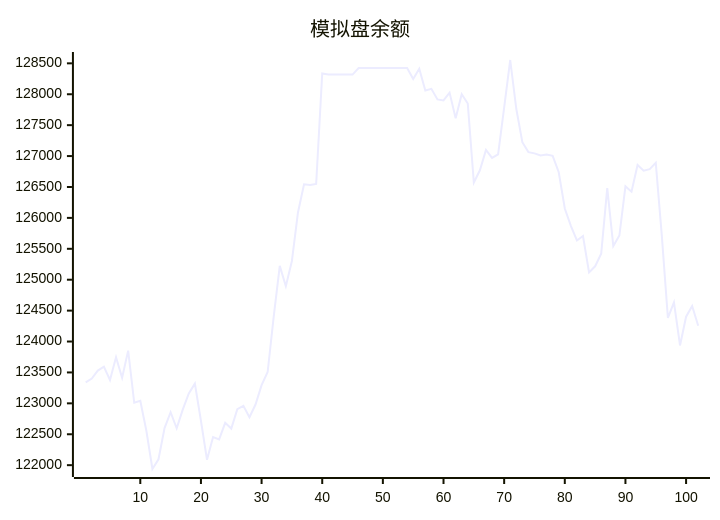
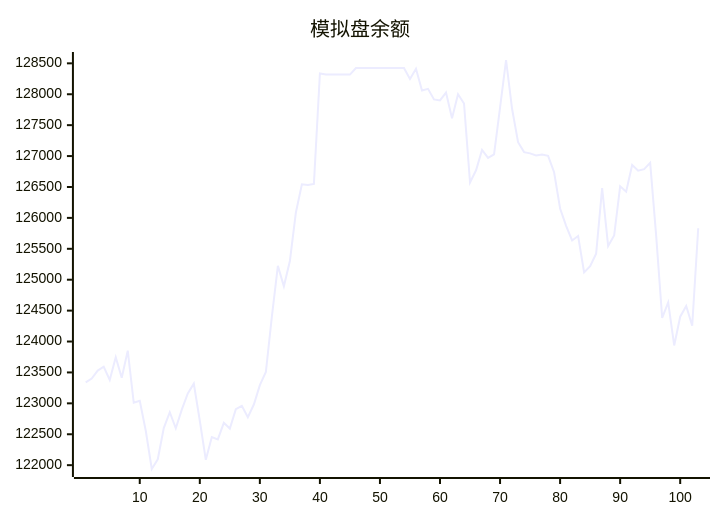
The diagram in README.md (aahl/ai-trading), drawn with Mermaid before and after one commit. The commit also changed other lines of this file and 1 other file, not shown here.

````diff
--- a/README.md
+++ b/README.md
@@ -5,5 +5,5 @@
 ```mermaid
 xychart
     title "模拟盘余额"
-    line [123338,123402,123530,123592,123378,123745,123413,123853,123009,123040,122557,121938,122095,122599,122856,122597,122898,123160,123319,122719,122087,122454,122416,122685,122592,122907,122961,122776,122981,123295,123507,124403,125224,124894,125303,126088,126544,126534,126549,128335,128318,128318,128318,128318,128318,128424,128424,128424,128424,128424,128424,128424,128424,128424,128247,128412,128062,128087,127917,127901,128026,127611,128000,127850,126572,126770,127100,126971,127029,127783,128554,127765,127224,127064,127044,127009,127025,127004,126738,126152,125871,125635,125707,125117,125217,125420,126480,125545,125715,126511,126424,126856,126764,126788,126890,125710,124381,124632,123936,124402,124574,124256]
+    line [123338,123402,123530,123592,123378,123745,123413,123853,123009,123040,122557,121938,122095,122599,122856,122597,122898,123160,123319,122719,122087,122454,122416,122685,122592,122907,122961,122776,122981,123295,123507,124403,125224,124894,125303,126088,126544,126534,126549,128335,128318,128318,128318,128318,128318,128424,128424,128424,128424,128424,128424,128424,128424,128424,128247,128412,128062,128087,127917,127901,128026,127611,128000,127850,126572,126770,127100,126971,127029,127783,128554,127765,127224,127064,127044,127009,127025,127004,126738,126152,125871,125635,125707,125117,125217,125420,126480,125545,125715,126511,126424,126856,126764,126788,126890,125710,124381,124632,123936,124402,124574,124256,125833]
 ```
````
